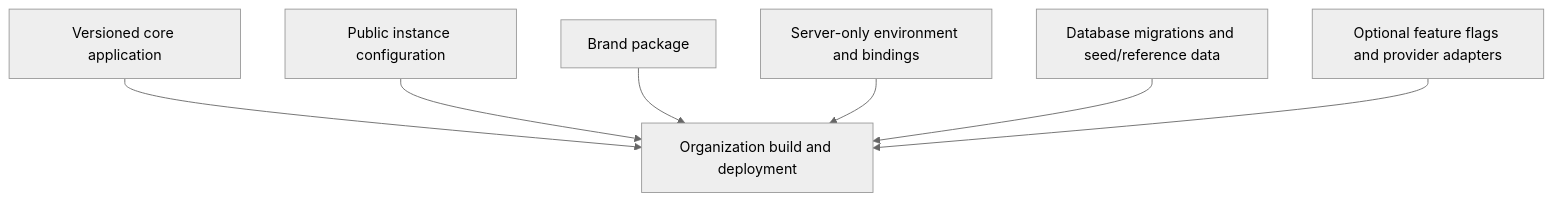
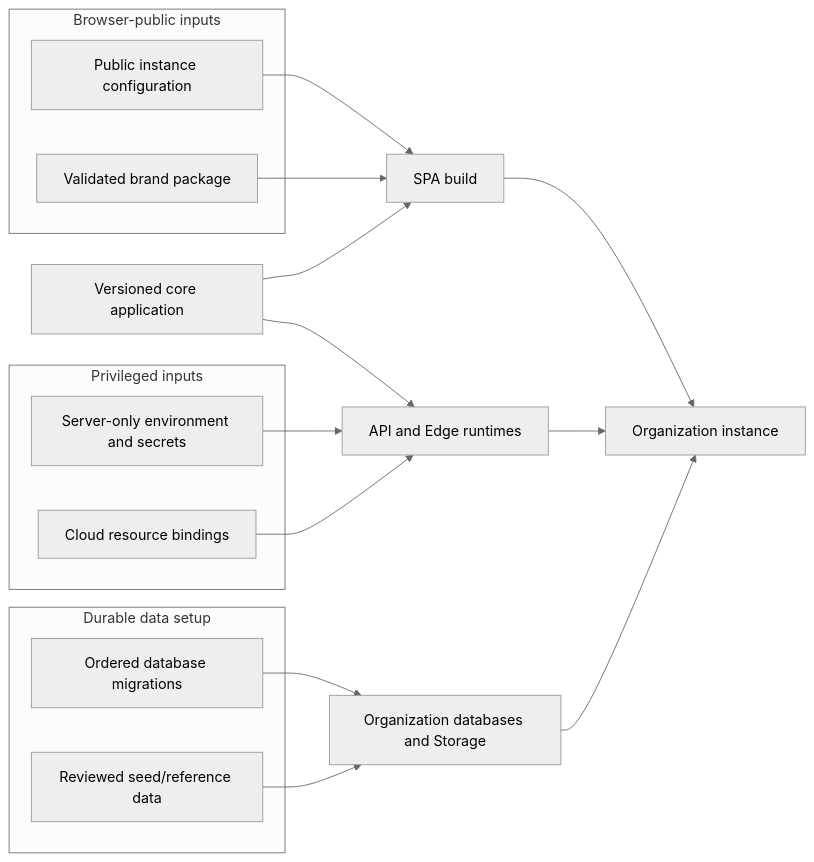
One commit to Axoineo/dikho changed diagram 27 of 34 in VISUALIZE.md. Above: the diagram before and after it, drawn with Mermaid (neutral theme). The commit also changed other lines of this file and 107 other files, not shown here.

````diff
--- a/VISUALIZE.md
+++ b/VISUALIZE.md
@@ -1007,17 +1017,31 @@
 ```mermaid
-flowchart TB
+flowchart LR
     CORE[Versioned core application]
-    PUBLICCFG[Public instance configuration]
-    BRANDCFG[Brand package]
-    SERVERCFG[Server-only environment and bindings]
-    DATASETUP[Database migrations and seed/reference data]
-    FEATURECFG[Optional feature flags and provider adapters]
-    BUILD[Organization build and deployment]
 
-    CORE --> BUILD
-    PUBLICCFG --> BUILD
-    BRANDCFG --> BUILD
-    SERVERCFG --> BUILD
-    DATASETUP --> BUILD
-    FEATURECFG --> BUILD
+    subgraph PUBLIC[Browser-public inputs]
+        PUBLICCFG[Public instance configuration]
+        BRANDCFG[Validated brand package]
+    end
+
+    subgraph PRIVATE[Privileged inputs]
+        SERVERCFG[Server-only environment and secrets]
+        BINDINGS[Cloud resource bindings]
+    end
+
+    subgraph DATA[Durable data setup]
+        DATASETUP[Ordered database migrations]
+        REFERENCE[Reviewed seed/reference data]
+    end
+
+    CORE --> SPABUILD[SPA build]
+    PUBLICCFG --> SPABUILD
+    BRANDCFG --> SPABUILD
+    CORE --> SERVER[API and Edge runtimes]
+    SERVERCFG --> SERVER
+    BINDINGS --> SERVER
+    DATASETUP --> DATABASES[Organization databases and Storage]
+    REFERENCE --> DATABASES
+    SPABUILD --> INSTANCE[Organization instance]
+    SERVER --> INSTANCE
+    DATABASES --> INSTANCE
 ```
````
